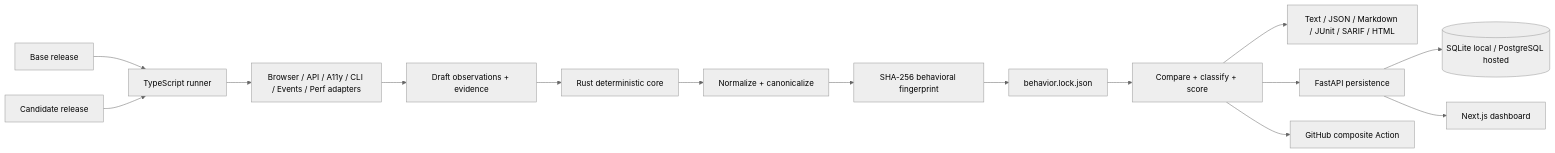
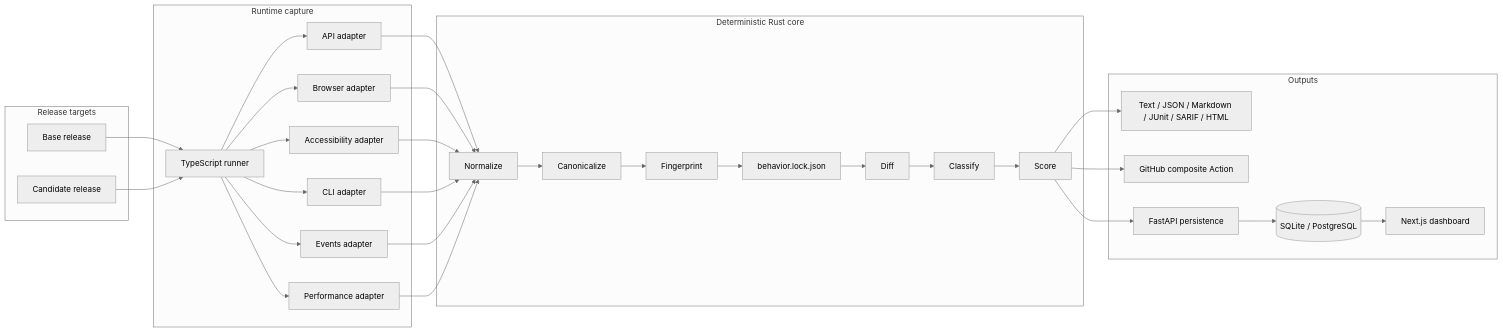
One commit to PSR94/ReleaseTruth changed the first of 6 diagrams in README.md. Above: the diagram before and after it, drawn with Mermaid (neutral theme). The commit also changed other lines of this file, not shown here.

Commit message:
docs: add banner and complete README architecture flows

````diff
--- a/README.md
+++ b/README.md
@@ -225,17 +250,56 @@
 ```mermaid
 flowchart LR
-  A[Base release] --> R[TypeScript runner]
-  B[Candidate release] --> R
-  R --> AD[Browser / API / A11y / CLI / Events / Perf adapters]
-  AD --> D[Draft observations + evidence]
-  D --> C[Rust deterministic core]
-  C --> N[Normalize + canonicalize]
-  N --> F[SHA-256 behavioral fingerprint]
-  F --> L[behavior.lock.json]
-  L --> X[Compare + classify + score]
-  X --> O[Text / JSON / Markdown / JUnit / SARIF / HTML]
-  X --> P[FastAPI persistence]
-  P --> DB[(SQLite local / PostgreSQL hosted)]
-  P --> W[Next.js dashboard]
-  X --> G[GitHub composite Action]
+  subgraph Targets[Release targets]
+    BASE[Base release]
+    CAND[Candidate release]
+  end
+
+  subgraph Capture[Runtime capture]
+    RUNNER[TypeScript runner]
+    APIA[API adapter]
+    BROW[Browser adapter]
+    A11Y[Accessibility adapter]
+    CLIA[CLI adapter]
+    EVENT[Events adapter]
+    PERF[Performance adapter]
+  end
+
+  subgraph Core[Deterministic Rust core]
+    NORM[Normalize]
+    CANON[Canonicalize]
+    FP[Fingerprint]
+    LOCK[behavior.lock.json]
+    DIFF[Diff]
+    CLASS[Classify]
+    SCORE[Score]
+  end
+
+  subgraph Outputs[Outputs]
+    REPORTS[Text / JSON / Markdown / JUnit / SARIF / HTML]
+    ACTION[GitHub composite Action]
+    SERVICE[FastAPI persistence]
+    DB[(SQLite / PostgreSQL)]
+    DASH[Next.js dashboard]
+  end
+
+  BASE --> RUNNER
+  CAND --> RUNNER
+  RUNNER --> APIA
+  RUNNER --> BROW
+  RUNNER --> A11Y
+  RUNNER --> CLIA
+  RUNNER --> EVENT
+  RUNNER --> PERF
+  APIA --> NORM
+  BROW --> NORM
+  A11Y --> NORM
+  CLIA --> NORM
+  EVENT --> NORM
+  PERF --> NORM
+  NORM --> CANON --> FP --> LOCK
+  LOCK --> DIFF --> CLASS --> SCORE
+  SCORE --> REPORTS
+  SCORE --> ACTION
+  SCORE --> SERVICE --> DB
+  DB --> DASH
 ```
````
